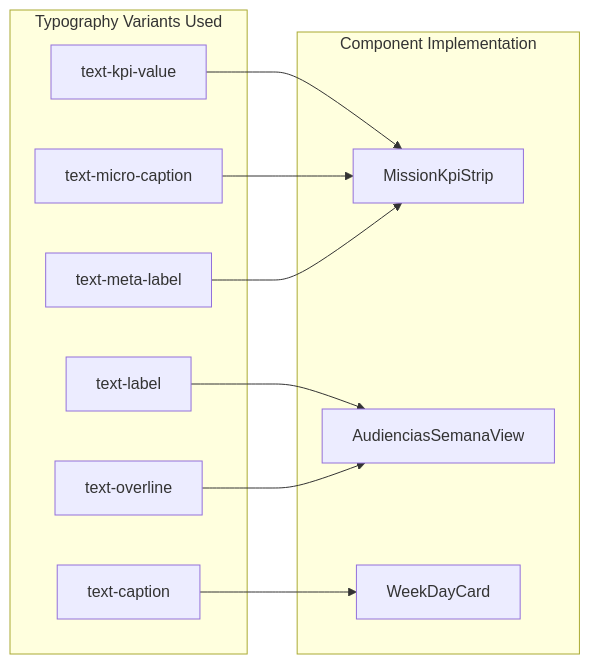
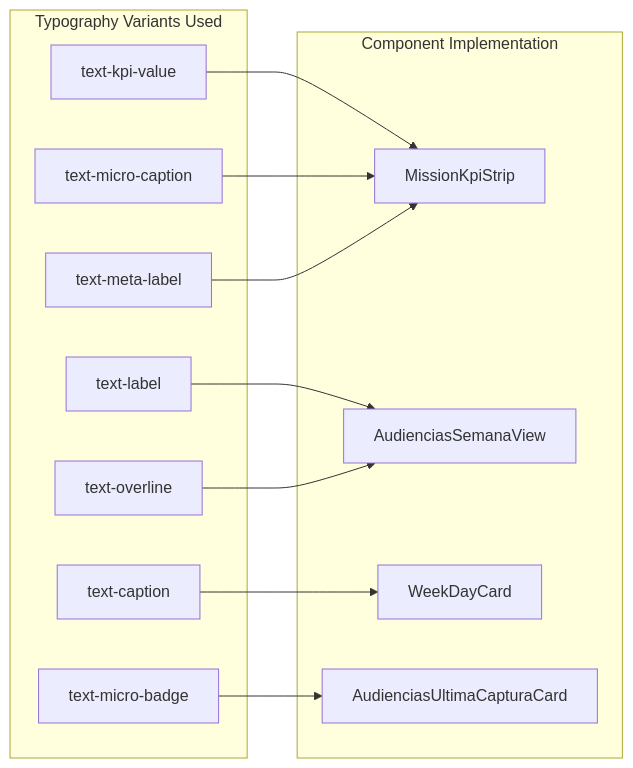
Diagram 13 of 15 in .qoder/repowiki/en/content/Audiência Management.md (SinesysTech/zattar-os), drawn with Mermaid before and after one commit. The commit also changed other lines of this file and 15 other files, not shown here.

Commit message:
chore(db): regenerar types após adicionar ultima_captura_id à view audiencias_com_origem

````diff
--- a/.qoder/repowiki/en/content/Audiência Management.md
+++ b/.qoder/repowiki/en/content/Audiência Management.md
@@ -562,22 +626,25 @@
 ```mermaid
 flowchart LR
 subgraph "Typography Variants Used"
 TV1[text-kpi-value]
 TV2[text-label]
 TV3[text-caption]
 TV4[text-micro-caption]
 TV5[text-overline]
 TV6[text-meta-label]
+TV7[text-micro-badge]
 end
 subgraph "Component Implementation"
 MK1[MissionKpiStrip]
 ASV1[AudienciasSemanaView]
 WDC1[WeekDayCard]
+AC1[AudienciasUltimaCapturaCard]
 end
 TV1 --> MK1
 TV2 --> ASV1
 TV3 --> WDC1
 TV4 --> MK1
 TV5 --> ASV1
 TV6 --> MK1
+TV7 --> AC1
 ```
````
